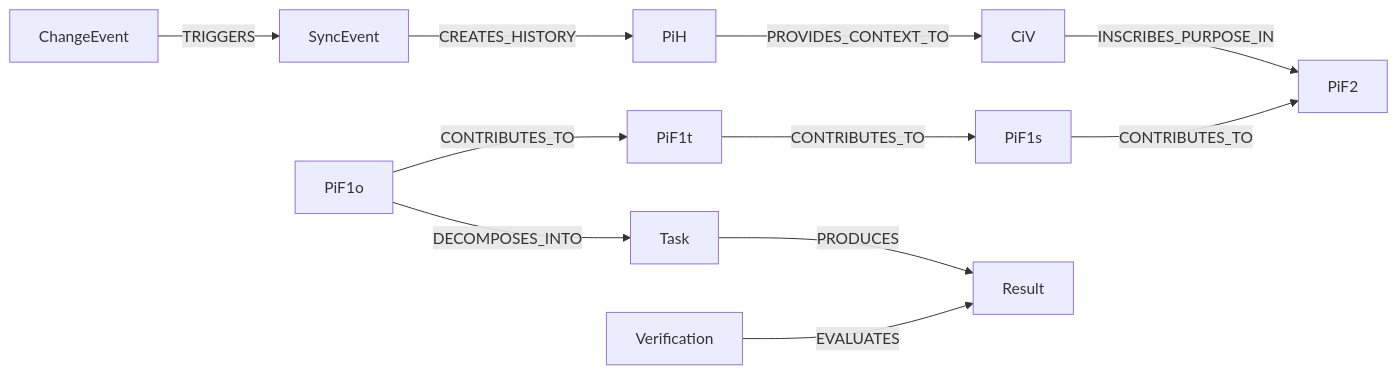
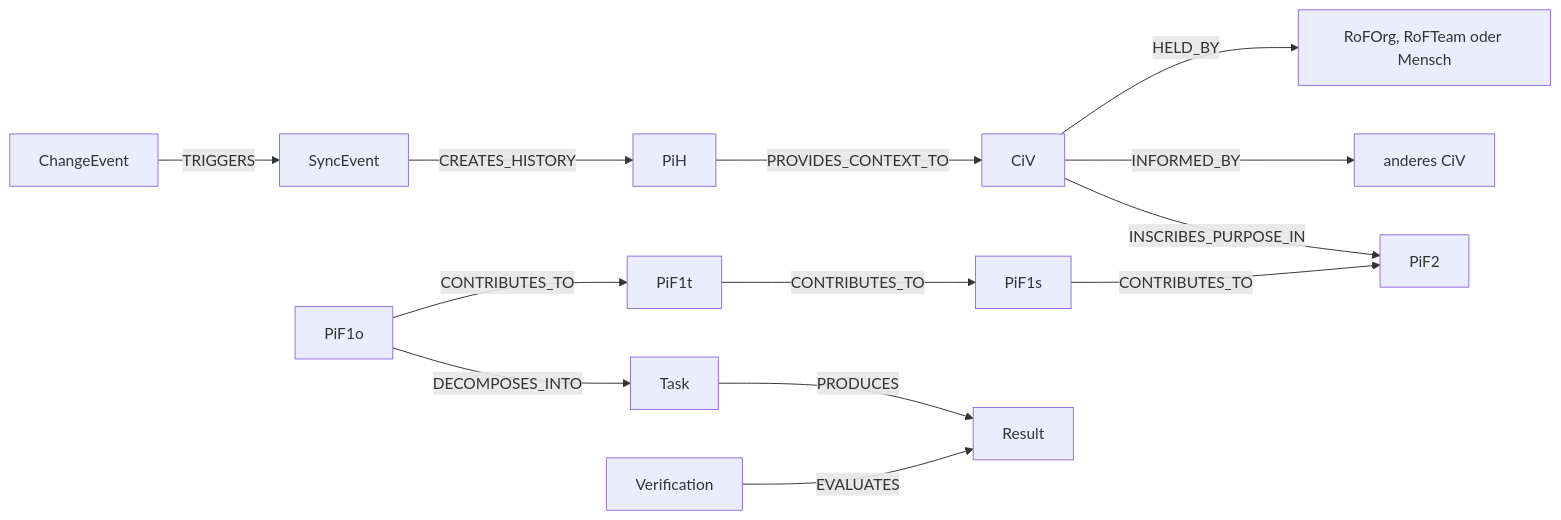
Before and after one commit to eeimicke/junaco-jci-loop: the diagram in docs/guides/JCI_INTRODUCTION.md, drawn with Mermaid. The commit also changed other lines of this file and 43 other files, not shown here.

````diff
--- a/docs/guides/JCI_INTRODUCTION.md
+++ b/docs/guides/JCI_INTRODUCTION.md
@@ -13,13 +13,15 @@
 ```mermaid
 flowchart LR
     PiH -->|PROVIDES_CONTEXT_TO| CiV
+    CiV -->|HELD_BY| ValueHolder[RoFOrg, RoFTeam oder Mensch]
+    CiV -->|INFORMED_BY| SourceCiV[anderes CiV]
     CiV -->|INSCRIBES_PURPOSE_IN| PiF2
     PiF1s -->|CONTRIBUTES_TO| PiF2
     PiF1t -->|CONTRIBUTES_TO| PiF1s
     PiF1o -->|CONTRIBUTES_TO| PiF1t
     PiF1o -->|DECOMPOSES_INTO| Task
     Task -->|PRODUCES| Result
     Verification -->|EVALUATES| Result
     ChangeEvent -->|TRIGGERS| SyncEvent
     SyncEvent -->|CREATES_HISTORY| PiH
 ```
````
